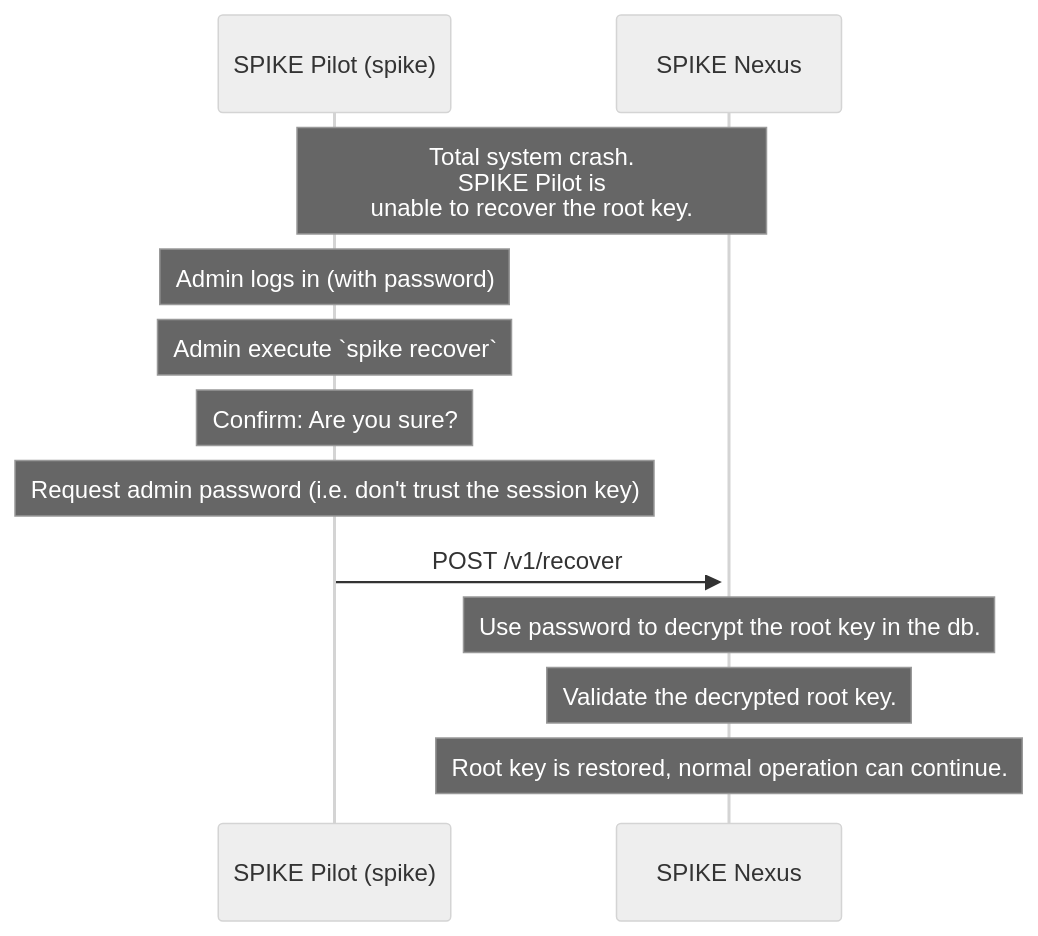
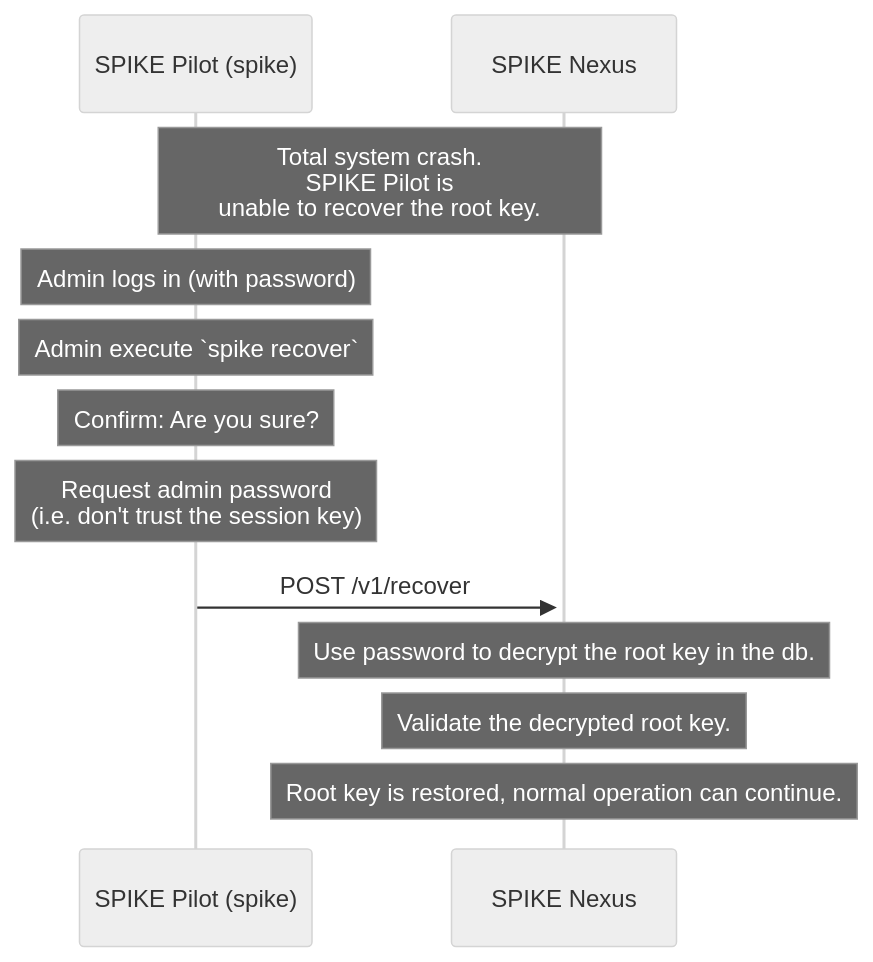
The diagram in docs/architecture/charts/re-init.md (spiffe/spike), drawn with Mermaid (neutral theme) before and after one commit. The commit also changed 12 other files, not shown here.

````diff
--- a/docs/architecture/charts/re-init.md
+++ b/docs/architecture/charts/re-init.md
@@ -5,20 +5,20 @@
 ```mermaid 
 sequenceDiagram
     participant P as SPIKE Pilot (spike)
     participant N as SPIKE Nexus
 
     Note over P,N: Total system crash.<br>SPIKE Pilot is<br>unable to recover the root key.
 
     Note over P: Admin logs in (with password)
     Note over P: Admin execute `spike recover`
     Note over P: Confirm: Are you sure?
-    Note over P: Request admin password (i.e. don't trust the session key)
+    Note over P: Request admin password<br>(i.e. don't trust the session key)
 
     P->>+N: POST /v1/recover
 
     Note over N: Use password to decrypt the root key in the db.
     
     Note over N: Validate the decrypted root key.
 
     Note over N: Root key is restored, normal operation can continue.
 ```
````
